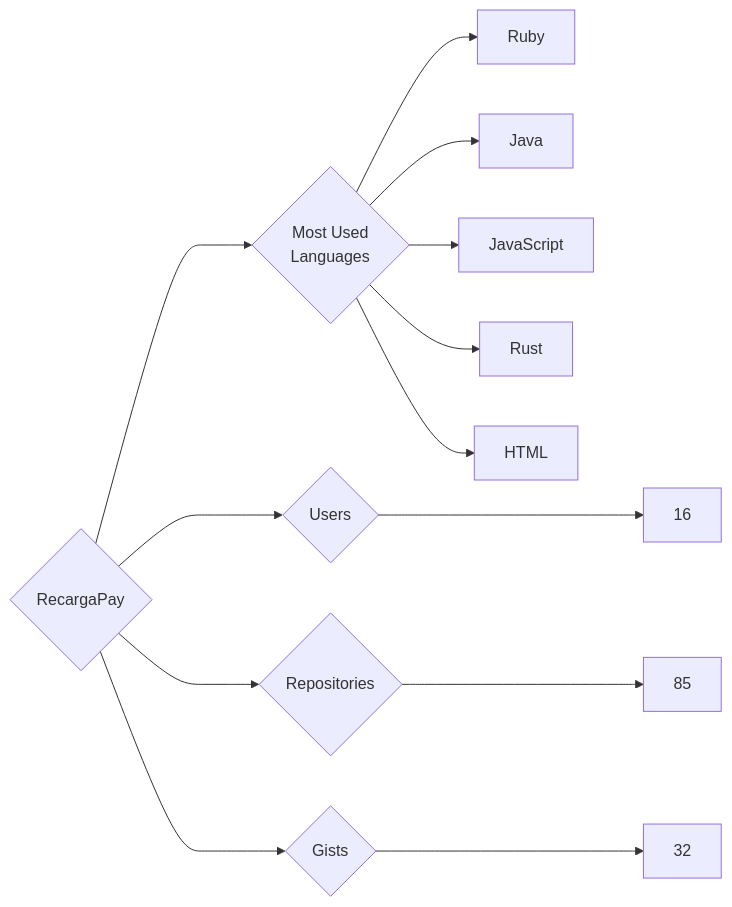
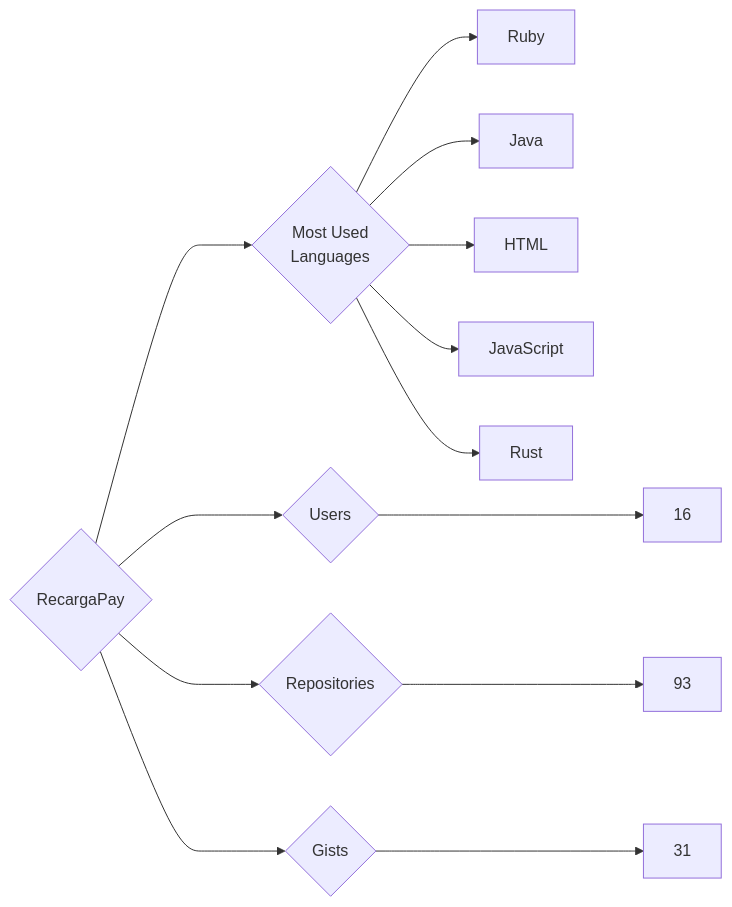
The diagram in targets/RecargaPay/README.md (trickest/insiders), drawn with Mermaid before and after one commit. The commit also changed 973 other files, not shown here.

````diff
--- a/targets/RecargaPay/README.md
+++ b/targets/RecargaPay/README.md
@@ -3,13 +3,13 @@
 ```mermaid
 graph LR
 COMPANY_NAME{RecargaPay}
 COMPANY_NAME ---> U{Users} ---> UN[16]
-COMPANY_NAME ---> R{Repositories} ---> RN[85]
-COMPANY_NAME ---> G{Gists} ---> GN[32]
+COMPANY_NAME ---> R{Repositories} ---> RN[93]
+COMPANY_NAME ---> G{Gists} ---> GN[31]
 COMPANY_NAME ---> ML{Most Used<br>Languages}
 ML --> Ruby[Ruby]
 ML --> Java[Java]
+ML --> HTML[HTML]
 ML --> JavaScript[JavaScript]
 ML --> Rust[Rust]
-ML --> HTML[HTML]
 ```
````
